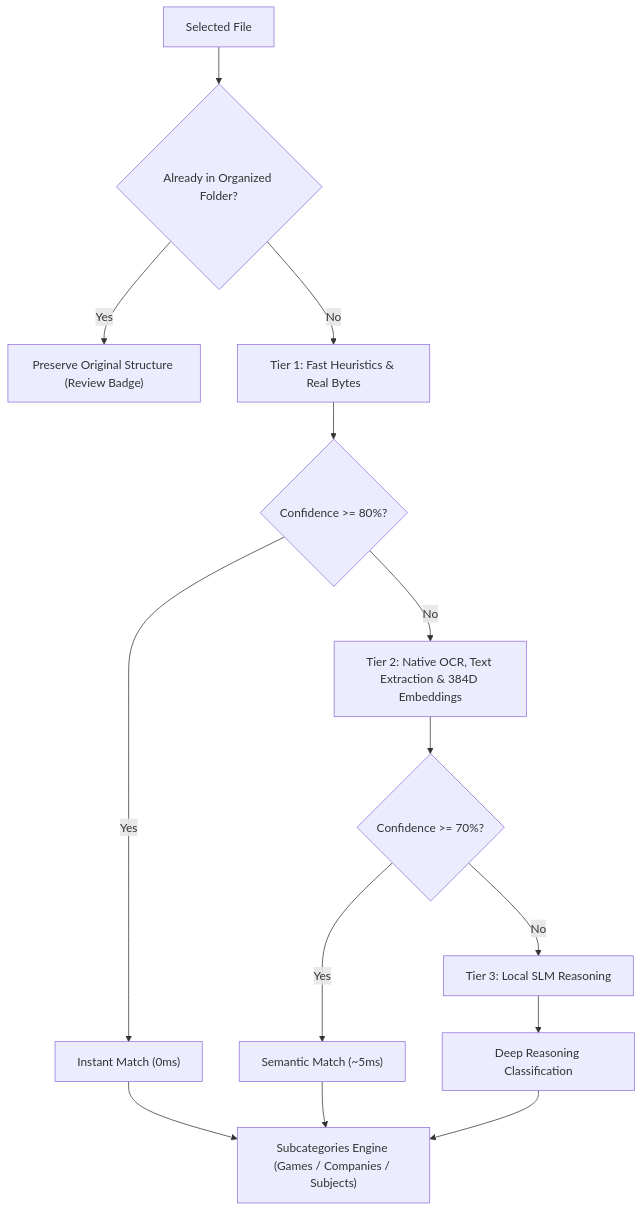
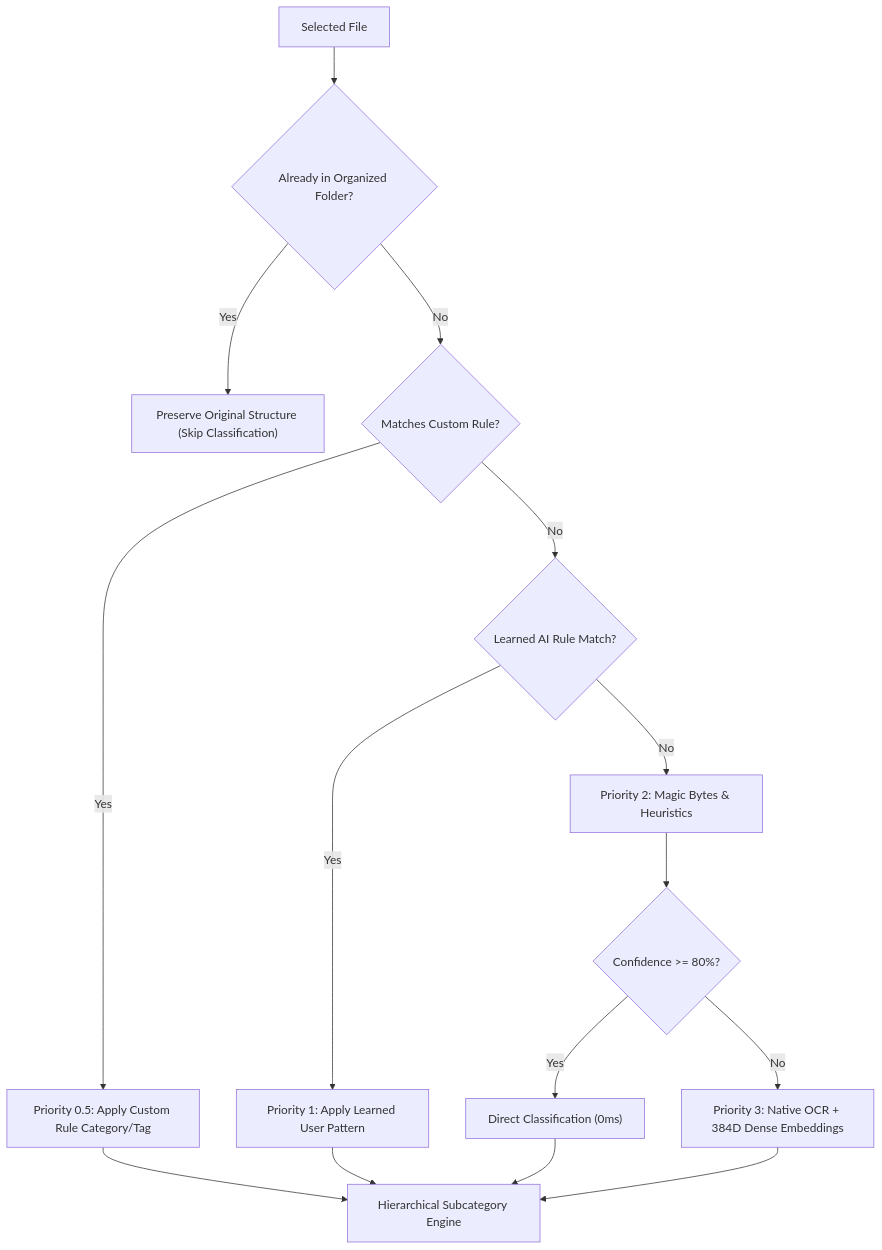
One commit to pongitV/Indexo changed the diagram in README_EN.md. Above: the diagram before and after it, drawn with Mermaid. The commit also changed other lines of this file and 47 other files, not shown here.

````diff
--- a/README_EN.md
+++ b/README_EN.md
@@ -80,16 +77,17 @@
 ```mermaid
 flowchart TD
-    A["Selected File"] --> P{"Already in Organized Folder?"}
-    P -->|"Yes"| PRESERV["Preserve Original Structure (Review Badge)"]
-    P -->|"No"| B["Tier 1: Fast Heuristics & Real Bytes"]
-    B --> Z{"Confidence >= 80%?"}
-    Z -->|"Yes"| R1["Instant Match (0ms)"]
-    Z -->|"No"| C["Tier 2: Native OCR, Text Extraction & 384D Embeddings"]
-    C --> Y{"Confidence >= 70%?"}
-    Y -->|"Yes"| R2["Semantic Match (~5ms)"]
-    Y -->|"No"| D["Tier 3: Local SLM Reasoning"]
-    D --> R3["Deep Reasoning Classification"]
-    R1 --> SUB["Subcategories Engine (Games / Companies / Subjects)"]
+    A["Selected File"] --> P0{"Already in Organized Folder?"}
+    P0 -->|"Yes"| KEEP["Preserve Original Structure (Skip Classification)"]
+    P0 -->|"No"| P05{"Matches Custom Rule?"}
+    P05 -->|"Yes"| R05["Priority 0.5: Apply Custom Rule Category/Tag"]
+    P05 -->|"No"| P1{"Learned AI Rule Match?"}
+    P1 -->|"Yes"| R1["Priority 1: Apply Learned User Pattern"]
+    P1 -->|"No"| P2["Priority 2: Magic Bytes & Heuristics"]
+    P2 --> Z{"Confidence >= 80%?"}
+    Z -->|"Yes"| R2["Direct Classification (0ms)"]
+    Z -->|"No"| P3["Priority 3: Native OCR + 384D Dense Embeddings"]
+    P3 --> SUB["Hierarchical Subcategory Engine"]
+    R05 --> SUB
+    R1 --> SUB
     R2 --> SUB
-    R3 --> SUB
 ```
````
